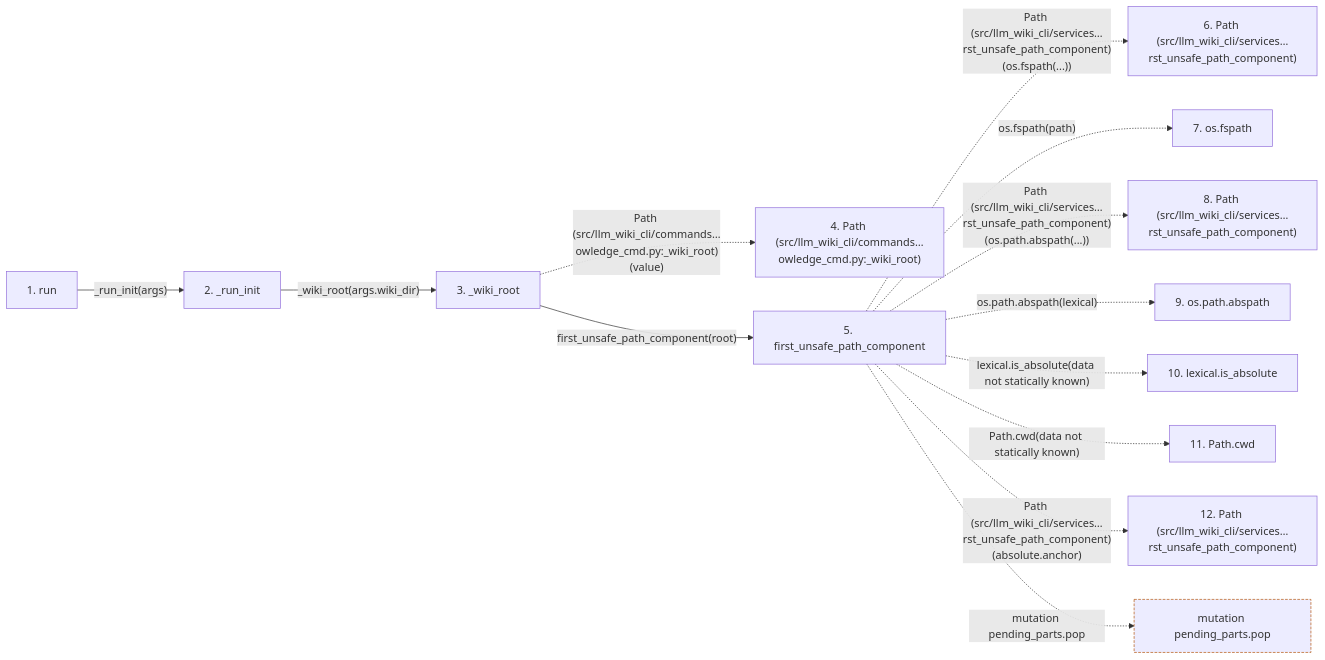
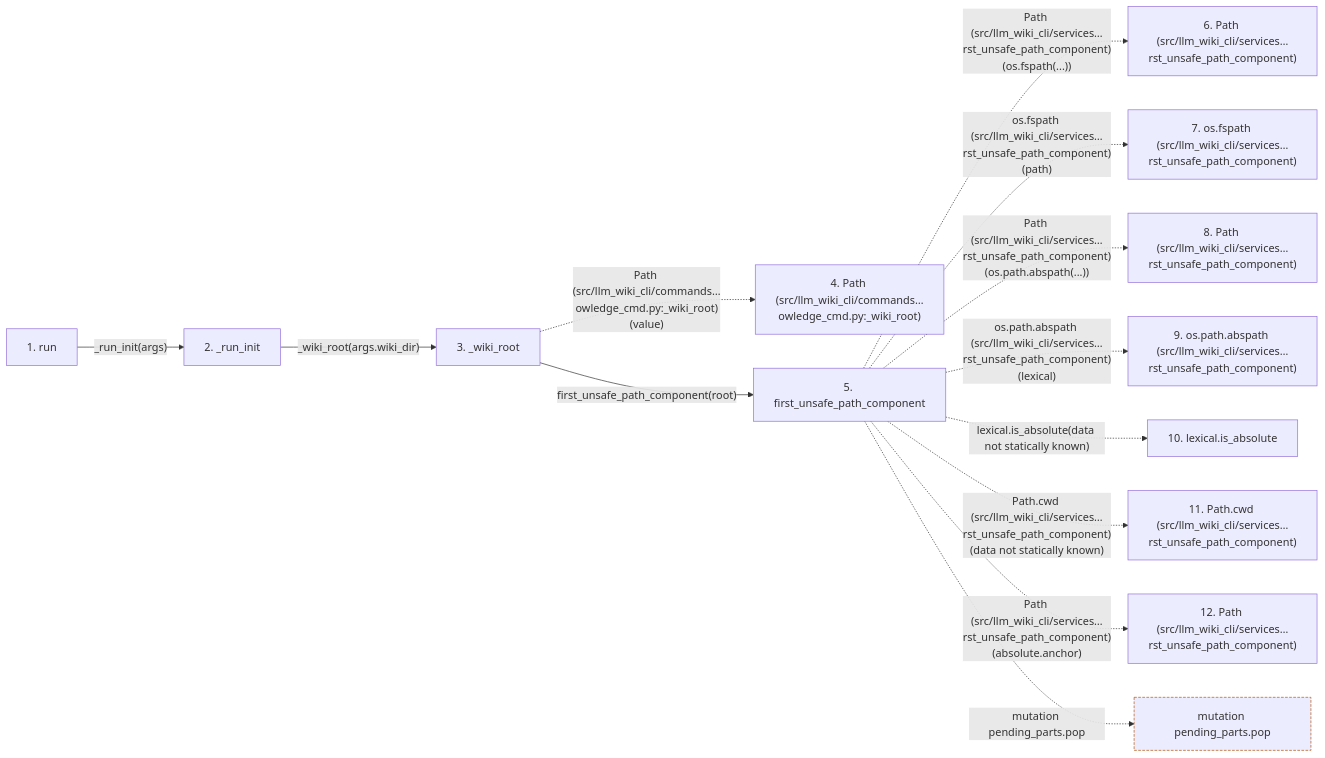
The second of 2 diagrams in docs/llm_wiki/flows/api-run-knowledge_cmd.md (Denissvgn/python-wiki-llm), drawn with Mermaid before and after one commit. The commit also changed other lines of this file and 398 other files, not shown here.

````diff
--- a/docs/llm_wiki/flows/api-run-knowledge_cmd.md
+++ b/docs/llm_wiki/flows/api-run-knowledge_cmd.md
@@ -91,34 +118,34 @@
 ```mermaid
 flowchart LR
     s1["1. run"]
     s2["2. _run_init"]
     s3["3. _wiki_root"]
     s4["4. Path (src/llm_wiki_cli/commands…owledge_cmd.py:_wiki_root)"]
     s5["5. first_unsafe_path_component"]
     s6["6. Path (src/llm_wiki_cli/services…rst_unsafe_path_component)"]
-    s7["7. os.fspath"]
+    s7["7. os.fspath (src/llm_wiki_cli/services…rst_unsafe_path_component)"]
     s8["8. Path (src/llm_wiki_cli/services…rst_unsafe_path_component)"]
-    s9["9. os.path.abspath"]
+    s9["9. os.path.abspath (src/llm_wiki_cli/services…rst_unsafe_path_component)"]
     s10["10. lexical.is_absolute"]
-    s11["11. Path.cwd"]
+    s11["11. Path.cwd (src/llm_wiki_cli/services…rst_unsafe_path_component)"]
     s12["12. Path (src/llm_wiki_cli/services…rst_unsafe_path_component)"]
     s1 -->|"_run_init(args)"| s2
     s2 -->|"_wiki_root(args.wiki_dir)"| s3
     s3 -. "Path (src/llm_wiki_cli/commands…owledge_cmd.py:_wiki_root)(value)" .-> s4
     s3 -->|"first_unsafe_path_component(root)"| s5
     s5 -. "Path (src/llm_wiki_cli/services…rst_unsafe_path_component)(os.fspath(...))" .-> s6
-    s5 -. "os.fspath(path)" .-> s7
+    s5 -. "os.fspath (src/llm_wiki_cli/services…rst_unsafe_path_component)(path)" .-> s7
     s5 -. "Path (src/llm_wiki_cli/services…rst_unsafe_path_component)(os.path.abspath(...))" .-> s8
-    s5 -. "os.path.abspath(lexical)" .-> s9
+    s5 -. "os.path.abspath (src/llm_wiki_cli/services…rst_unsafe_path_component)(lexical)" .-> s9
     s5 -. "lexical.is_absolute(data not statically known)" .-> s10
-    s5 -. "Path.cwd(data not statically known)" .-> s11
+    s5 -. "Path.cwd (src/llm_wiki_cli/services…rst_unsafe_path_component)(data not statically known)" .-> s11
     s5 -. "Path (src/llm_wiki_cli/services…rst_unsafe_path_component)(absolute.anchor)" .-> s12
     b0["mutation pending_parts.pop"]
     s5 -. "mutation pending_parts.pop" .-> b0
     click s1 "../modules/knowledge_cmd.md"
     click s2 "../modules/knowledge_cmd.md"
     click s3 "../modules/knowledge_cmd.md"
     click s5 "../modules/io.md"
     classDef boundary stroke:#b45309,stroke-dasharray: 4 2
     class b0 boundary
 ```
````
